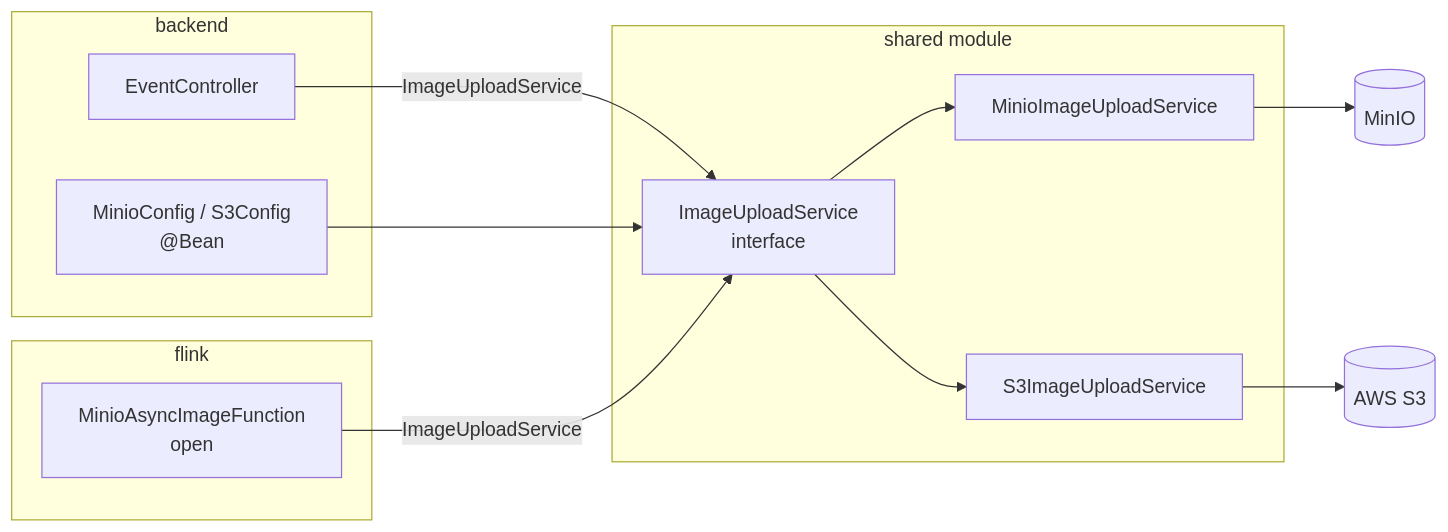
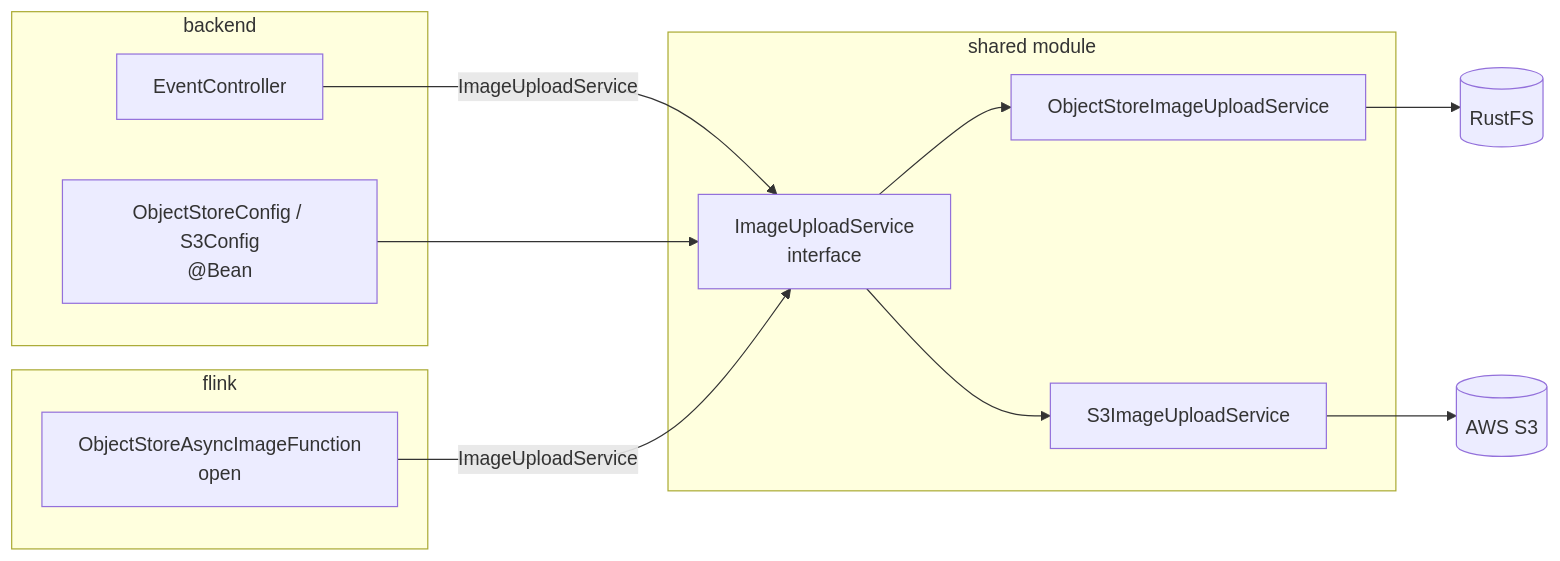
One commit to erancha/springboot-kafka-flink-postgres-minio-pipeline changed the second of 2 diagrams in docs/eventtype/s3-migration.md. Above: the diagram before and after it, drawn with Mermaid. The commit also changed other lines of this file and 28 other files, not shown here.

````diff
--- a/docs/eventtype/s3-migration.md
+++ b/docs/eventtype/s3-migration.md
@@ -23,22 +23,22 @@
 ```mermaid
 graph LR
     subgraph shared module
         IF[ImageUploadService\ninterface]
-        MMIUS[MinioImageUploadService]
+        MMIUS[ObjectStoreImageUploadService]
         S3IUS[S3ImageUploadService]
         IF --> MMIUS
         IF --> S3IUS
     end
 
     subgraph backend
         EC[EventController] -->|ImageUploadService| IF
-        MC[MinioConfig / S3Config\n@Bean] --> IF
+        MC[ObjectStoreConfig / S3Config\n@Bean] --> IF
     end
 
     subgraph flink
-        MUF[MinioAsyncImageFunction\nopen] -->|ImageUploadService| IF
+        MUF[ObjectStoreAsyncImageFunction\nopen] -->|ImageUploadService| IF
     end
 
-    MMIUS --> MinIO[(MinIO)]
+    MMIUS --> Store[(RustFS)]
     S3IUS --> S3[(AWS S3)]
 ```
````
